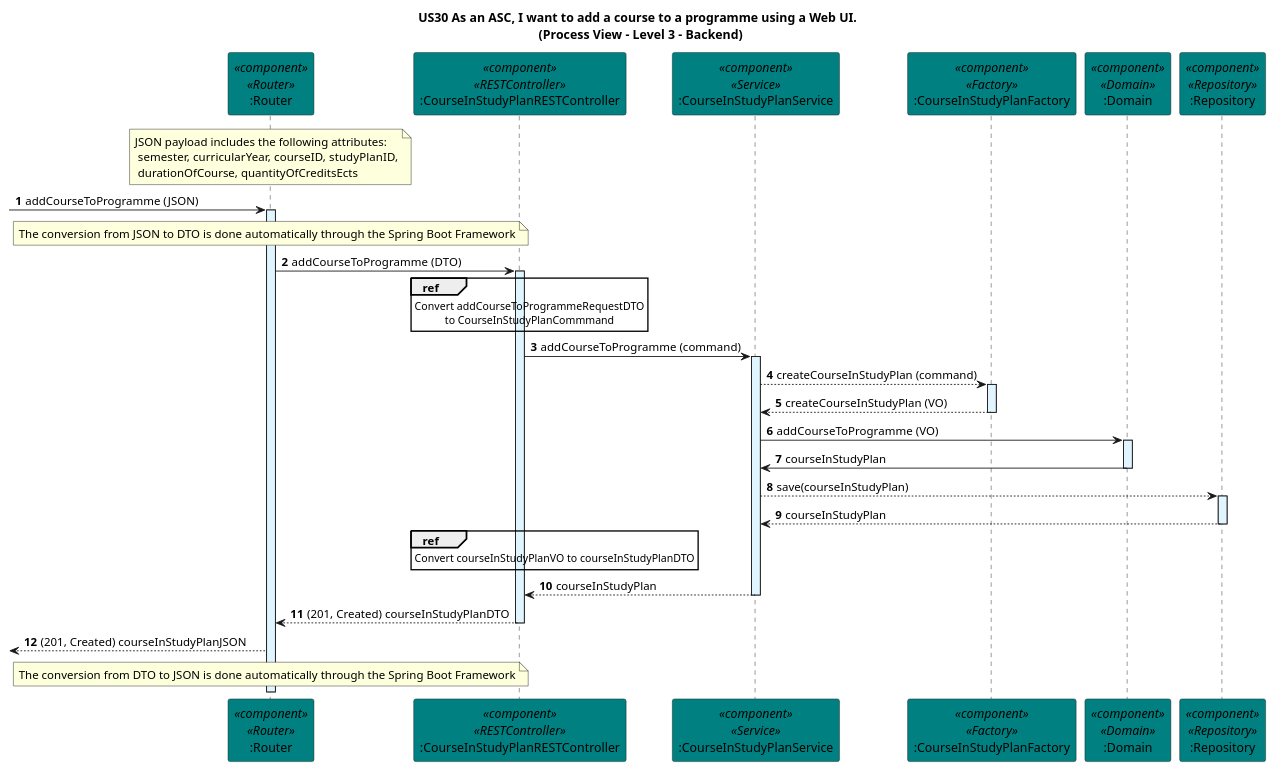
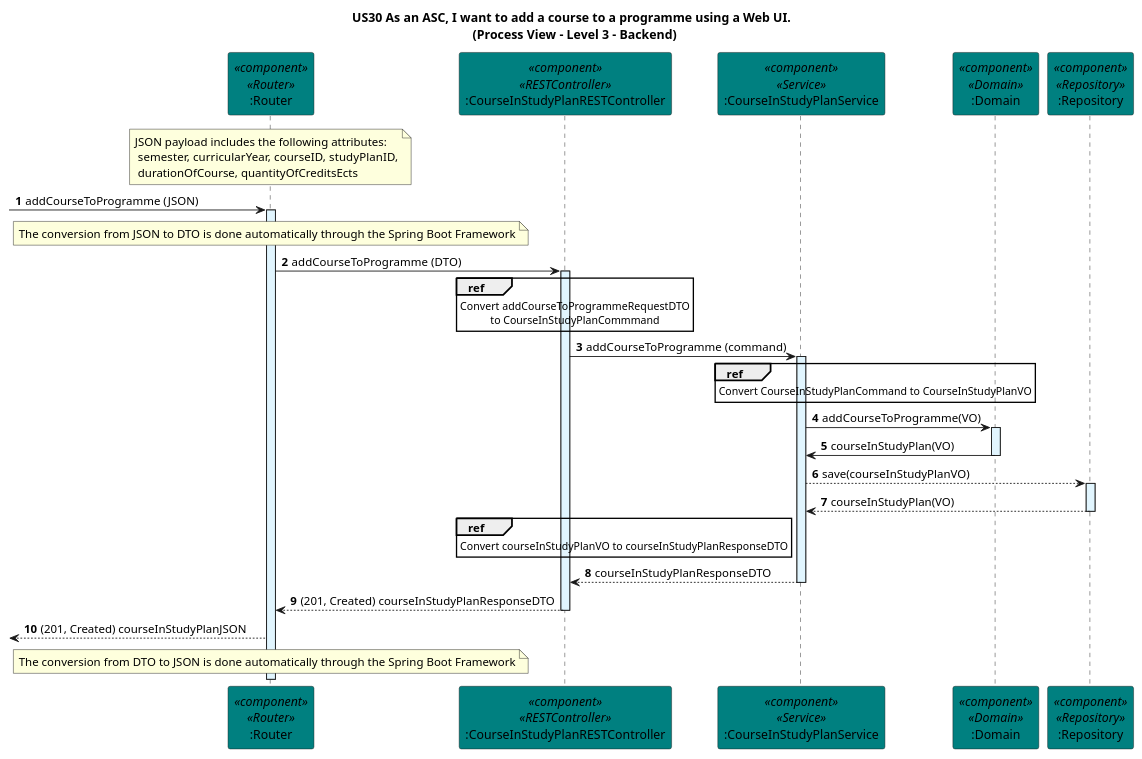
The diagram in docs/US30/Sprint_6_REST_API/Process View/Level3Granularity.puml (GasparISEP/DevOps-PAI), drawn with PlantUML before and after one commit. The commit also changed 3 other files, not shown here.

Commit message:
[docs] Fix Level 3 - Backend diagram and creation of references, to be coherent with code (Ref #567, #571)

```diff
--- a/docs/US30/Sprint_6_REST_API/Process View/Level3Granularity.puml
+++ b/docs/US30/Sprint_6_REST_API/Process View/Level3Granularity.puml
@@ -1,66 +1,61 @@
 @startuml
 
 title US30 As an ASC, I want to add a course to a programme using a Web UI. \n (Process View - Level 3 - Backend)
 
 autonumber
 
 participant ":Router" as router <<component>> <<Router>> #teal
 participant ":CourseInStudyPlanRESTController" as restController <<component>> <<RESTController>> #teal
 participant ":CourseInStudyPlanService" as service <<component>> <<Service>> #teal
-participant ":CourseInStudyPlanFactory" as factory <<component>> <<Factory>> #teal
 participant ":Domain" as domain <<component>> <<Domain>> #teal
 participant ":Repository" as repository <<component>> <<Repository>> #teal
 
 note over router: JSON payload includes the following attributes:\n semester, curricularYear, courseID, studyPlanID,\n durationOfCourse, quantityOfCreditsEcts
 
 -> router: addCourseToProgramme (JSON)
 activate router #E1F5FE
 
 note over router: The conversion from JSON to DTO is done automatically through the Spring Boot Framework
-
 
 router -> restController: addCourseToProgramme (DTO)
 activate restController #E1F5FE
 
 ref over restController
     Convert addCourseToProgrammeRequestDTO
     to CourseInStudyPlanCommmand
 end
 
 restController -> service: addCourseToProgramme (command)
 activate service #E1F5FE
 
-service --> factory: createCourseInStudyPlan (command)
-activate factory #E1F5FE
-factory --> service: createCourseInStudyPlan (VO)
-deactivate factory
+ref over service
+    Convert CourseInStudyPlanCommand to CourseInStudyPlanVO
+end
 
-service -> domain: addCourseToProgramme (VO)
+service -> domain: addCourseToProgramme(VO)
 activate domain #E1F5FE
 
-'CRIAR LIGAÇÃO DE SERVICE A COMMAND
-
-domain -> service: courseInStudyPlan
+domain -> service: courseInStudyPlan(VO)
 deactivate domain
 
-service --> repository: save(courseInStudyPlan)
+service --> repository: save(courseInStudyPlanVO)
 activate repository #E1F5FE
 
-repository --> service: courseInStudyPlan
+repository --> service: courseInStudyPlan(VO)
 deactivate repository
 
 ref over restController
-    Convert courseInStudyPlanVO to courseInStudyPlanDTO
+    Convert courseInStudyPlanVO to courseInStudyPlanResponseDTO
 end
 
-service --> restController: courseInStudyPlan
+service --> restController: courseInStudyPlanResponseDTO
 deactivate service
 
-restController --> router: (201, Created) courseInStudyPlanDTO
+restController --> router: (201, Created) courseInStudyPlanResponseDTO
 deactivate restController
 
 <-- router: (201, Created) courseInStudyPlanJSON
 
 note over router: The conversion from DTO to JSON is done automatically through the Spring Boot Framework
 
 @enduml
```
